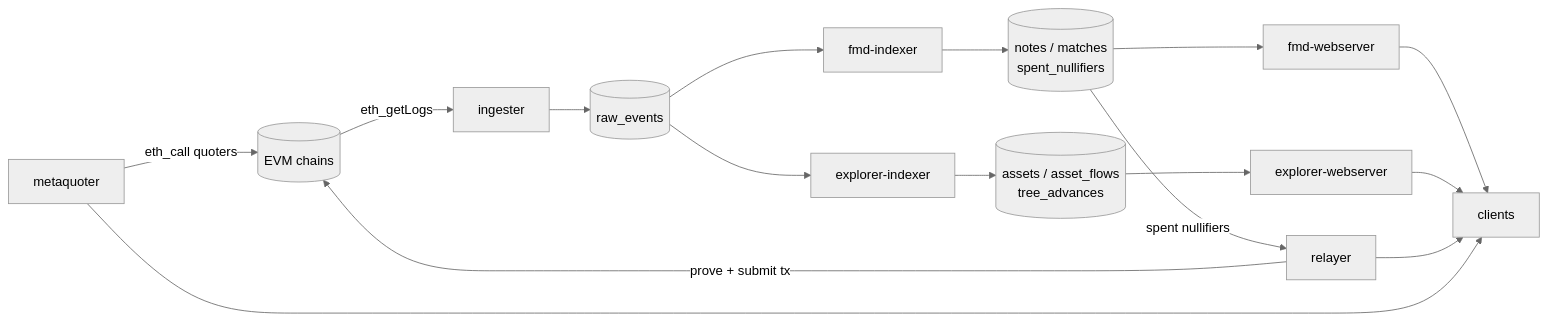
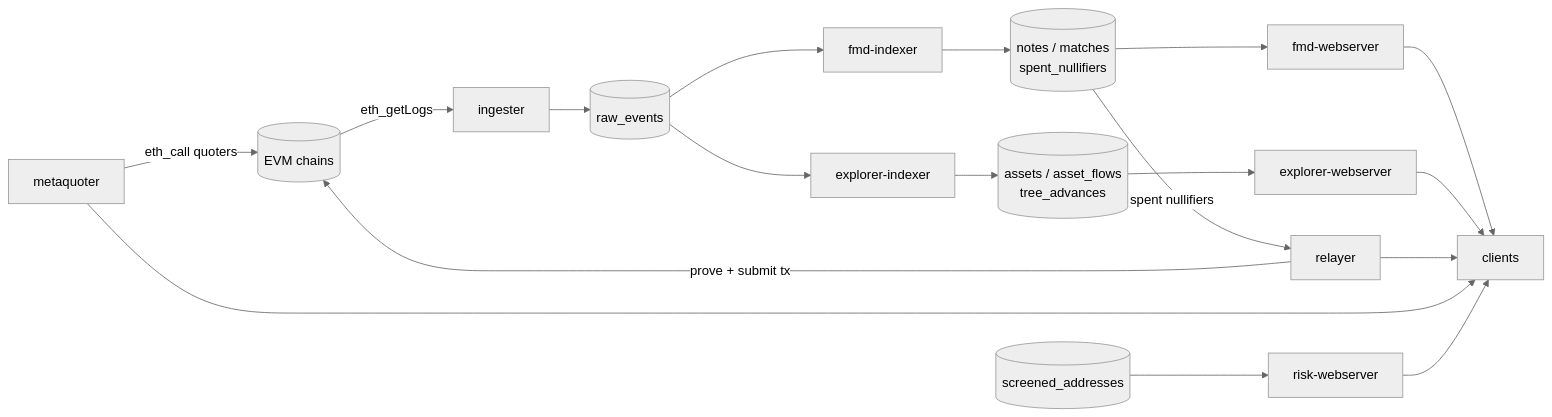
One commit to lelantos-org/backend changed the first of 8 diagrams in README.md. Above: the diagram before and after it, drawn with Mermaid (neutral theme). The commit also changed other lines of this file and 81 other files, not shown here.

````diff
--- a/README.md
+++ b/README.md
@@ -13,18 +13,20 @@
 ```mermaid
 flowchart LR
   EVM[(EVM chains)] -->|eth_getLogs| ING[ingester]
   ING --> RAW[(raw_events)]
   RAW --> FI[fmd-indexer]
   RAW --> EI[explorer-indexer]
   FI --> FT[(notes / matches<br/>spent_nullifiers)]
   EI --> ET[(assets / asset_flows<br/>tree_advances)]
   FT --> FW[fmd-webserver]
   ET --> EW[explorer-webserver]
   REL[relayer] -->|prove + submit tx| EVM
   FT -->|spent nullifiers| REL
   MQ[metaquoter] -->|eth_call quoters| EVM
+  SA[(screened_addresses)] --> RW[risk-webserver]
   FW --> APP[clients]
   EW --> APP
   REL --> APP
   MQ --> APP
+  RW --> APP
 ```
````
